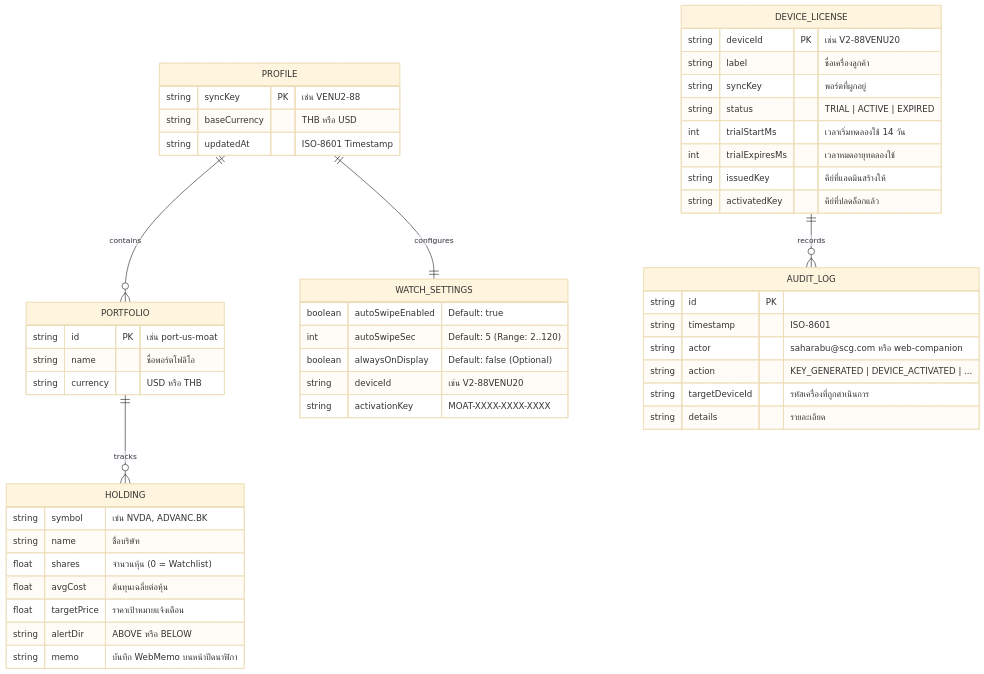
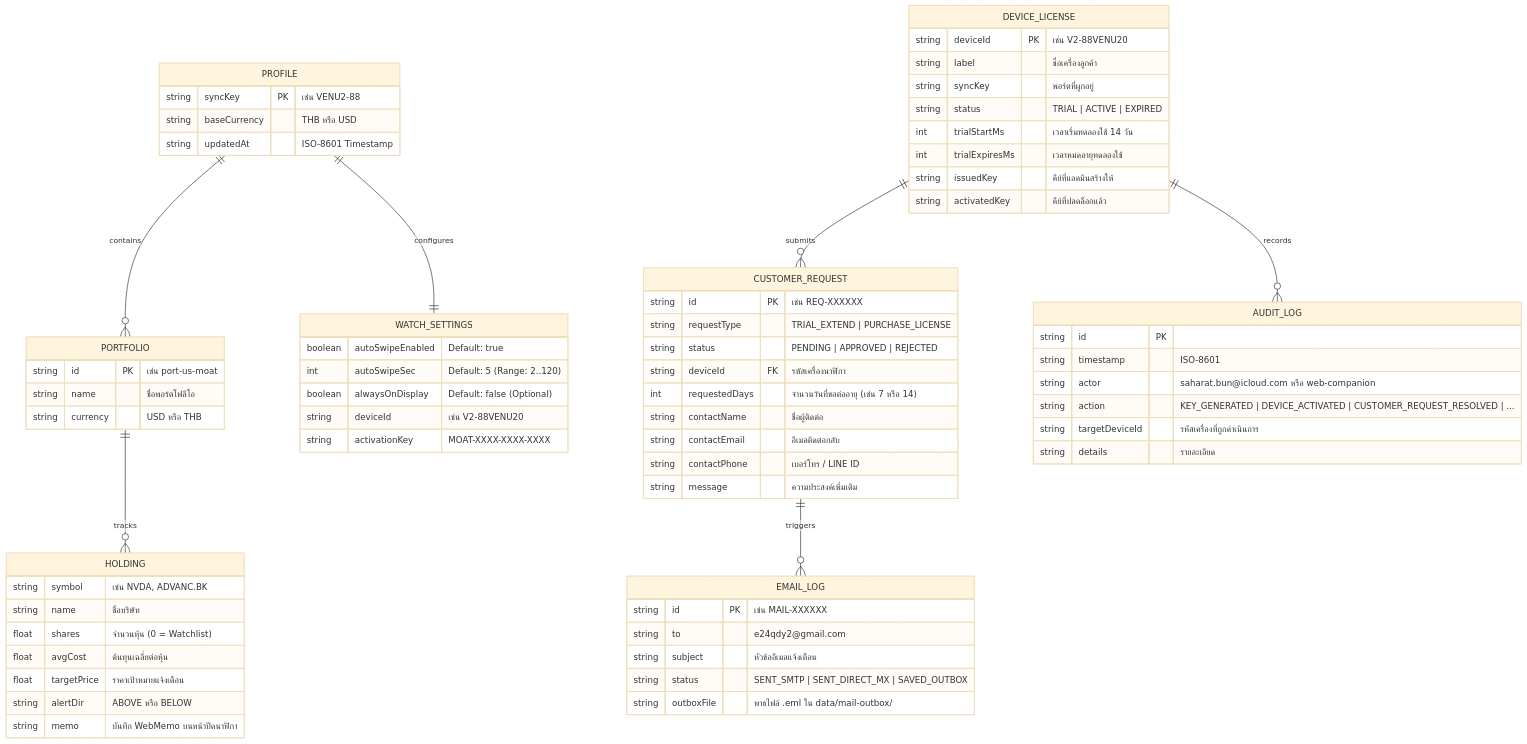
One commit to e24qdy2/garmin-venu2-moat changed the diagram in docs/04-API-AND-SDLC-REFERENCE.md. Above: the diagram before and after it, drawn with Mermaid (base theme). The commit also changed other lines of this file and 19 other files, not shown here.

````diff
--- a/docs/04-API-AND-SDLC-REFERENCE.md
+++ b/docs/04-API-AND-SDLC-REFERENCE.md
@@ -11,57 +11,79 @@
 ```mermaid
 erDiagram
     PROFILE ||--o{ PORTFOLIO : contains
     PROFILE ||--|| WATCH_SETTINGS : configures
     PORTFOLIO ||--o{ HOLDING : tracks
+    DEVICE_LICENSE ||--o{ CUSTOMER_REQUEST : submits
     DEVICE_LICENSE ||--o{ AUDIT_LOG : records
+    CUSTOMER_REQUEST ||--o{ EMAIL_LOG : triggers
 
     PROFILE {
         string syncKey PK "เช่น VENU2-88"
         string baseCurrency "THB หรือ USD"
         string updatedAt "ISO-8601 Timestamp"
     }
 
     WATCH_SETTINGS {
         boolean autoSwipeEnabled "Default: true"
         int autoSwipeSec "Default: 5 (Range: 2..120)"
         boolean alwaysOnDisplay "Default: false (Optional)"
         string deviceId "เช่น V2-88VENU20"
         string activationKey "MOAT-XXXX-XXXX-XXXX"
     }
 
     PORTFOLIO {
         string id PK "เช่น port-us-moat"
         string name "ชื่อพอร์ตโฟลิโอ"
         string currency "USD หรือ THB"
     }
 
     HOLDING {
         string symbol "เช่น NVDA, ADVANC.BK"
         string name "ชื่อบริษัท"
         float shares "จำนวนหุ้น (0 = Watchlist)"
         float avgCost "ต้นทุนเฉลี่ยต่อหุ้น"
         float targetPrice "ราคาเป้าหมายแจ้งเตือน"
         string alertDir "ABOVE หรือ BELOW"
         string memo "บันทึก WebMemo บนหน้าปัดนาฬิกา"
     }
 
     DEVICE_LICENSE {
         string deviceId PK "เช่น V2-88VENU20"
         string label "ชื่อเครื่องลูกค้า"
         string syncKey "พอร์ตที่ผูกอยู่"
         string status "TRIAL | ACTIVE | EXPIRED"
         int trialStartMs "เวลาเริ่มทดลองใช้ 14 วัน"
         int trialExpiresMs "เวลาหมดอายุทดลองใช้"
         string issuedKey "คีย์ที่แอดมินสร้างให้"
         string activatedKey "คีย์ที่ปลดล็อกแล้ว"
     }
 
+    CUSTOMER_REQUEST {
+        string id PK "เช่น REQ-XXXXXX"
+        string requestType "TRIAL_EXTEND | PURCHASE_LICENSE"
+        string status "PENDING | APPROVED | REJECTED"
+        string deviceId FK "รหัสเครื่องนาฬิกา"
+        int requestedDays "จำนวนวันที่ขอต่ออายุ (เช่น 7 หรือ 14)"
+        string contactName "ชื่อผู้ติดต่อ"
+        string contactEmail "อีเมลติดต่อกลับ"
+        string contactPhone "เบอร์โทร / LINE ID"
+        string message "ความประสงค์เพิ่มเติม"
+    }
+
+    EMAIL_LOG {
+        string id PK "เช่น MAIL-XXXXXX"
+        string to "e24qdy2@gmail.com"
+        string subject "หัวข้ออีเมลแจ้งเตือน"
+        string status "SENT_SMTP | SENT_DIRECT_MX | SAVED_OUTBOX"
+        string outboxFile "พาธไฟล์ .eml ใน data/mail-outbox/"
+    }
+
     AUDIT_LOG {
         string id PK
         string timestamp "ISO-8601"
-        string actor "saharabu@scg.com หรือ web-companion"
-        string action "KEY_GENERATED | DEVICE_ACTIVATED | ..."
+        string actor "saharat.bun@icloud.com หรือ web-companion"
+        string action "KEY_GENERATED | DEVICE_ACTIVATED | CUSTOMER_REQUEST_RESOLVED | ..."
         string targetDeviceId "รหัสเครื่องที่ถูกดำเนินการ"
         string details "รายละเอียด"
     }
 ```
````
